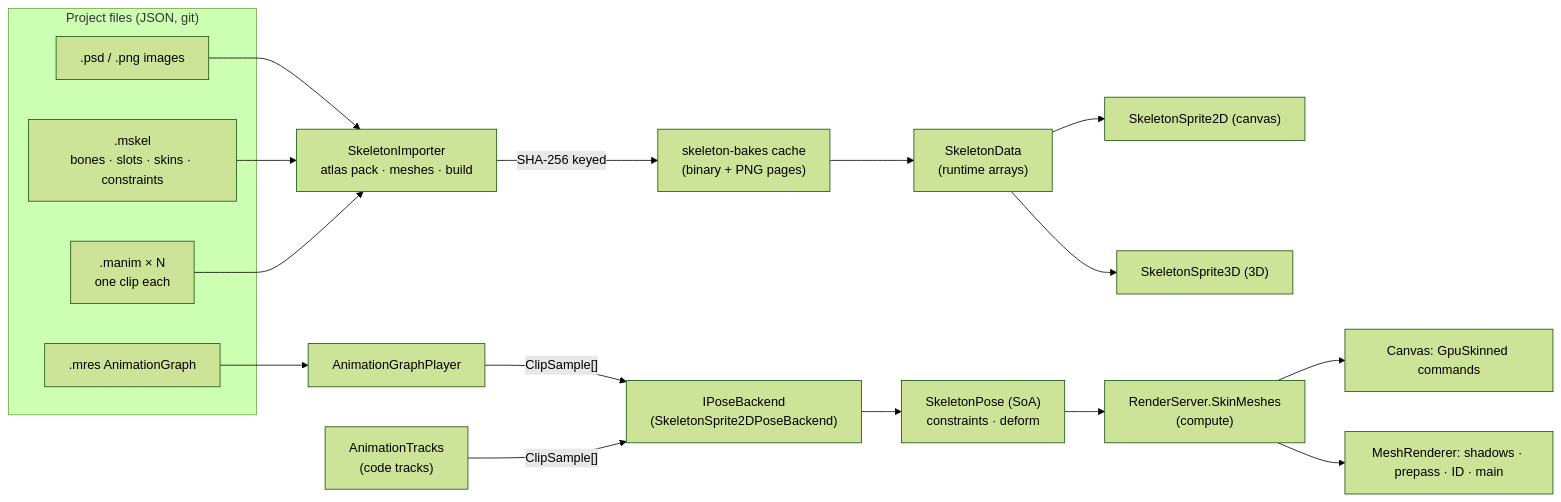
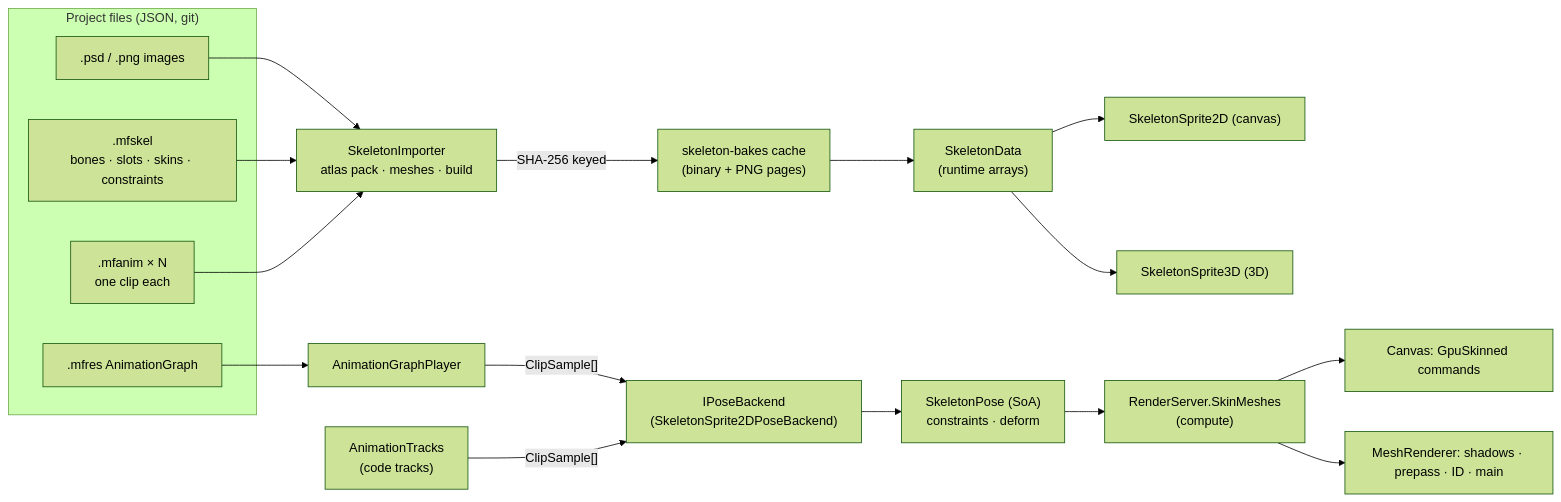
The diagram in docs/design/future/skeleton-2d.md (Mainframe-Games/mainframe-engine), drawn with Mermaid (forest theme) before and after one commit. The commit also changed other lines of this file and 886 other files, not shown here.

````diff
--- a/docs/design/future/skeleton-2d.md
+++ b/docs/design/future/skeleton-2d.md
@@ -110,23 +110,23 @@
 ```mermaid
 flowchart LR
     subgraph Source["Project files (JSON, git)"]
       PSD[".psd / .png images"]
-      SK[".mskel<br/>bones · slots · skins · constraints"]
-      AN[".manim × N<br/>one clip each"]
-      AG[".mres AnimationGraph"]
+      SK[".mfskel<br/>bones · slots · skins · constraints"]
+      AN[".mfanim × N<br/>one clip each"]
+      AG[".mfres AnimationGraph"]
     end
     PSD --> IMP
     SK --> IMP["SkeletonImporter<br/>atlas pack · meshes · build"]
     AN --> IMP
     IMP -->|"SHA-256 keyed"| CACHE["skeleton-bakes cache<br/>(binary + PNG pages)"]
     CACHE --> DATA["SkeletonData<br/>(runtime arrays)"]
     DATA --> N2["SkeletonSprite2D (canvas)"]
     DATA --> N3["SkeletonSprite3D (3D)"]
     AG --> GP["AnimationGraphPlayer"]
     GP -->|"ClipSample[]"| PB["IPoseBackend<br/>(SkeletonSprite2DPoseBackend)"]
     TR["AnimationTracks<br/>(code tracks)"] -->|"ClipSample[]"| PB
     PB --> POSE["SkeletonPose (SoA)<br/>constraints · deform"]
     POSE --> SKIN["RenderServer.SkinMeshes<br/>(compute)"]
     SKIN --> CV["Canvas: GpuSkinned commands"]
     SKIN --> MR["MeshRenderer: shadows · prepass · ID · main"]
 ```
````
